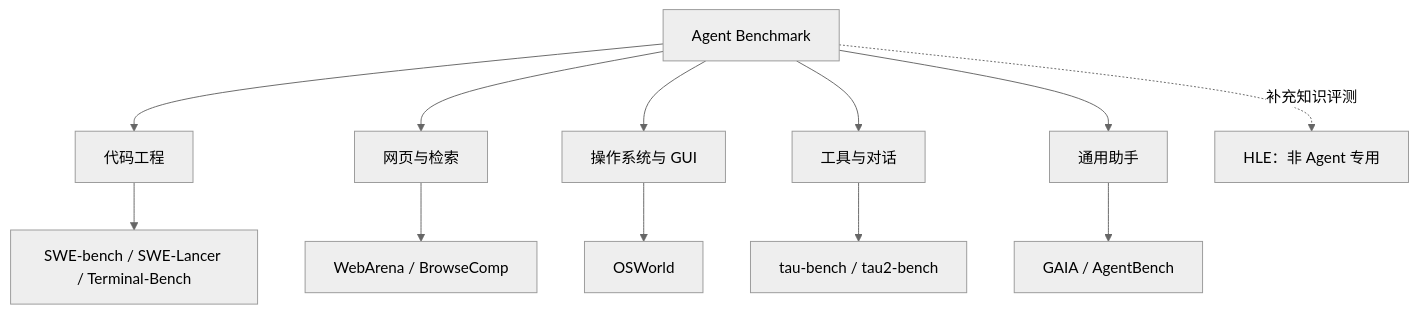
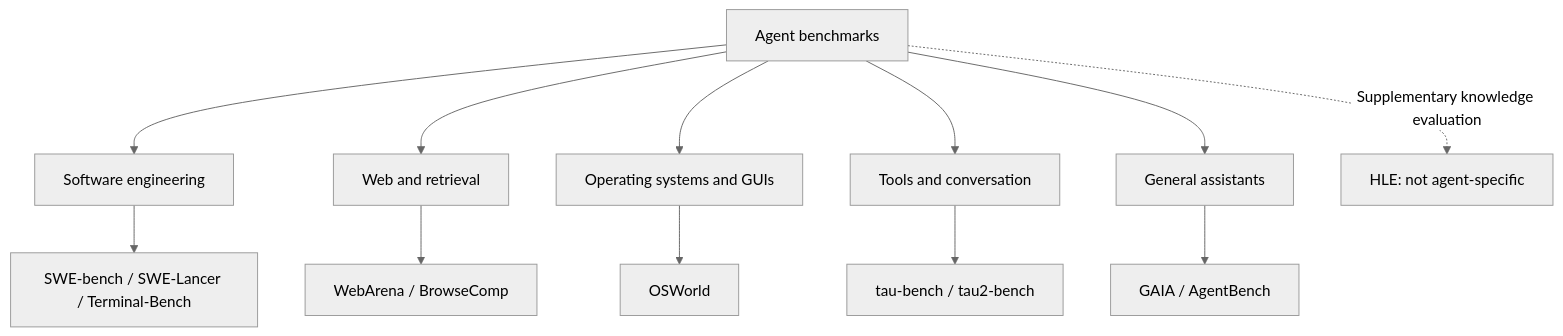
One commit to oneleaveknowsthefall/awesome-ai-roadmap changed the third of 7 diagrams in docs/agent/05-production/14-agent-evaluation.md. Above: the diagram before and after it, drawn with Mermaid (neutral theme). The commit also changed other lines of this file and 68 other files, not shown here.

````diff
--- a/docs/agent/05-production/14-agent-evaluation.md
+++ b/docs/agent/05-production/14-agent-evaluation.md
@@ -58,15 +58,15 @@
 ```mermaid
 flowchart TB
-    B[Agent Benchmark] --> CODE[代码工程]
-    B --> WEB[网页与检索]
-    B --> GUI[操作系统与 GUI]
-    B --> TOOL[工具与对话]
-    B --> GEN[通用助手]
+    B[Agent benchmarks] --> CODE[Software engineering]
+    B --> WEB[Web and retrieval]
+    B --> GUI[Operating systems and GUIs]
+    B --> TOOL[Tools and conversation]
+    B --> GEN[General assistants]
 
     CODE --> SWE[SWE-bench / SWE-Lancer / Terminal-Bench]
     WEB --> WA[WebArena / BrowseComp]
     GUI --> OS[OSWorld]
     TOOL --> TAU[tau-bench / tau2-bench]
     GEN --> GA[GAIA / AgentBench]
-    B -.补充知识评测.-> HLE[HLE：非 Agent 专用]
+    B -.Supplementary knowledge evaluation.-> HLE[HLE: not agent-specific]
 ```
````
